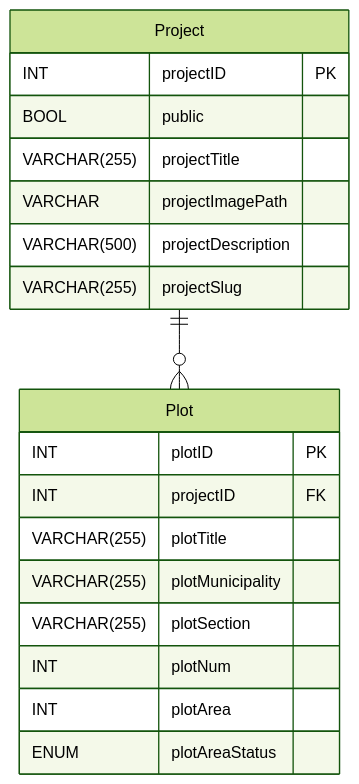
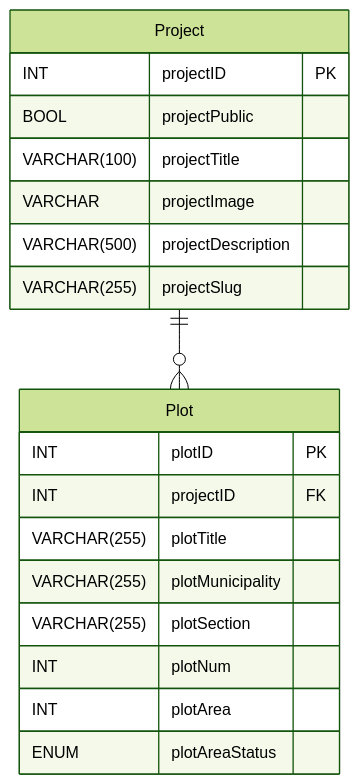
Before and after one commit to tycho26/websteen-casus: the diagram in ERD.md, drawn with Mermaid (forest theme). The commit also changed 12 other files, not shown here.

````diff
--- a/ERD.md
+++ b/ERD.md
@@ -1,25 +1,25 @@
 ```mermaid
 erDiagram
 
 Project{
     INT projectID PK
-    BOOL public
-    VARCHAR(255) projectTitle
-    VARCHAR projectImagePath
+    BOOL projectPublic
+    VARCHAR(100) projectTitle
+    VARCHAR projectImage
     VARCHAR(500) projectDescription
     VARCHAR(255) projectSlug 
 }
 
 Plot{
     INT plotID PK
     INT projectID FK
     VARCHAR(255) plotTitle
     VARCHAR(255) plotMunicipality
     VARCHAR(255) plotSection
     INT plotNum
     INT plotArea
     ENUM plotAreaStatus
 }
 
 Project || -- o{ Plot:""
 ```
````
